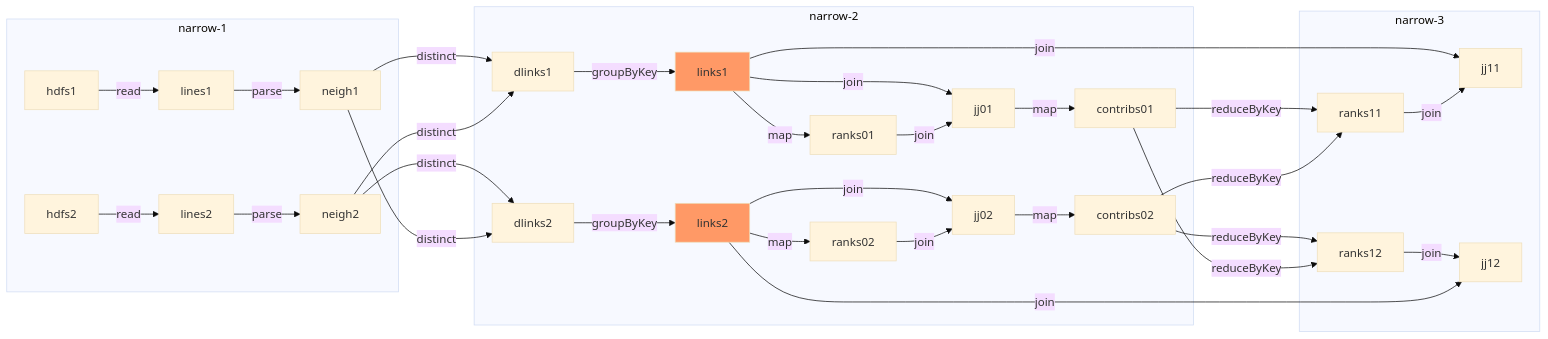
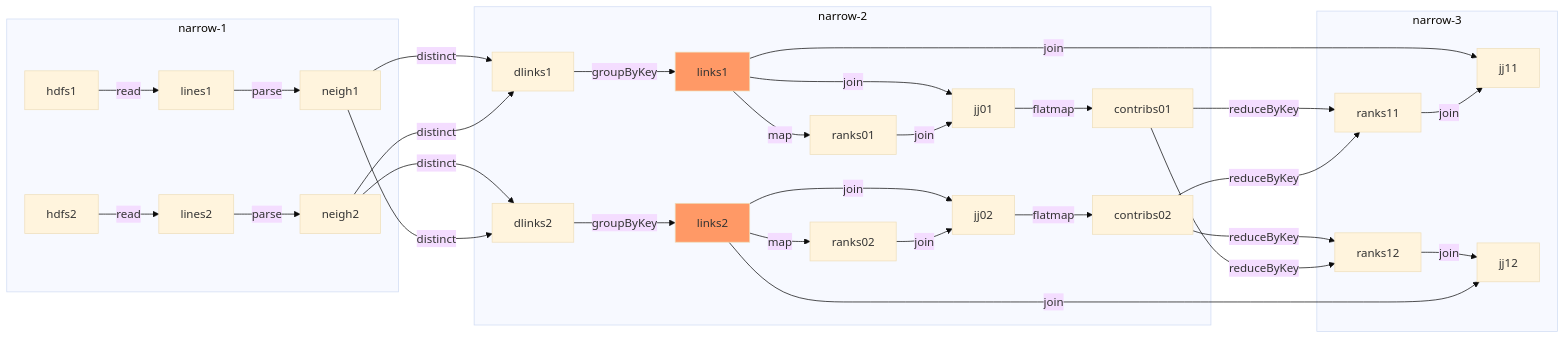
One commit to codenet/col733-cloud changed the second of 2 diagrams in compute-rdd.md. Above: the diagram before and after it, drawn with Mermaid (base theme). The commit also changed other lines of this file, not shown here.

````diff
--- a/compute-rdd.md
+++ b/compute-rdd.md
@@ -167,43 +167,43 @@
 ```mermaid
 flowchart LR
 	classDef cached fill:#f96
 	subgraph narrow-1
 		hdfs1 -- read --> lines1
 		lines1 -- parse --> neigh1
 
 		hdfs2 -- read --> lines2
 		lines2 -- parse --> neigh2
 	end
 
 	neigh1 -- distinct --> dlinks1
 	neigh2 -- distinct --> dlinks2
 	neigh1 -- distinct --> dlinks2
 	neigh2 -- distinct --> dlinks1
 
 	subgraph narrow-2
 		dlinks1 -- groupByKey --> links1:::cached
 		links1 -- map --> ranks01
 		links1 -- join --> jj01
 		ranks01 -- join --> jj01
-		jj01 -- map --> contribs01
+		jj01 -- flatmap --> contribs01
 
 		dlinks2 -- groupByKey --> links2:::cached
 		links2 -- map --> ranks02
 		links2 -- join --> jj02
 		ranks02 -- join --> jj02
-		jj02 -- map --> contribs02
+		jj02 -- flatmap --> contribs02
 	end
 
 
 	contribs01 -- reduceByKey --> ranks11
 	contribs02 -- reduceByKey --> ranks12
 	contribs02 -- reduceByKey --> ranks11
 	contribs01 -- reduceByKey --> ranks12
 
 	subgraph narrow-3
 		links1 -- join --> jj11
 		ranks11 -- join --> jj11
 		ranks12 -- join --> jj12
 		links2 -- join --> jj12
 	end
 ```
````
